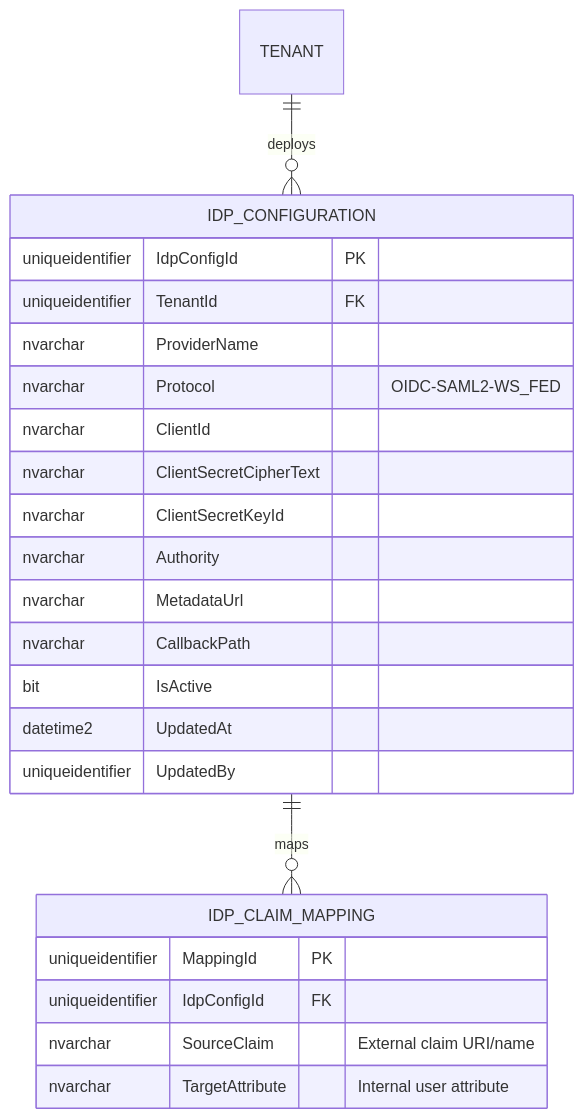
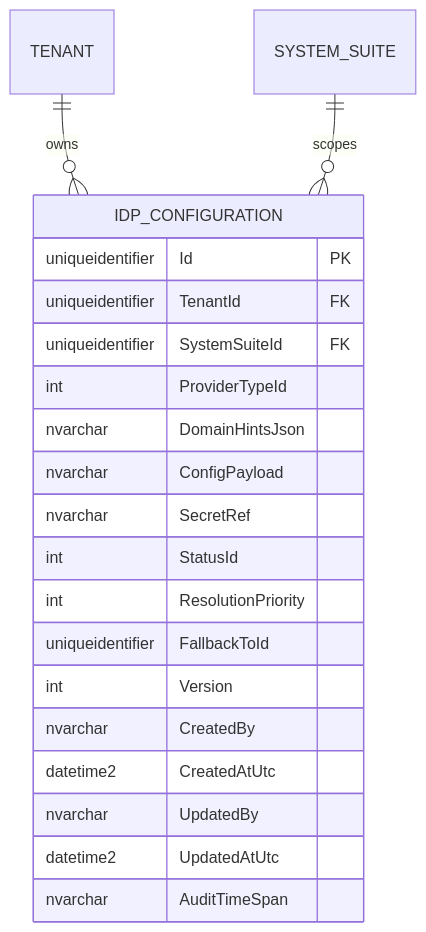
One commit to beyondnetcode/ums changed the third of 3 diagrams in docs/domain/configuration/idp-configuration.md. Above: the diagram before and after it, drawn with Mermaid. The commit also changed other lines of this file and 19 other files, not shown here.

````diff
--- a/docs/domain/configuration/idp-configuration.md
+++ b/docs/domain/configuration/idp-configuration.md
@@ -163,27 +123,24 @@
 ```mermaid
 erDiagram
-    TENANT ||--o{ IDP_CONFIGURATION : "deploys"
-    IDP_CONFIGURATION ||--o{ IDP_CLAIM_MAPPING : "maps"
+    TENANT ||--o{ IDP_CONFIGURATION : "owns"
+    SYSTEM_SUITE ||--o{ IDP_CONFIGURATION : "scopes"
 
     IDP_CONFIGURATION {
-        uniqueidentifier IdpConfigId PK
+        uniqueidentifier Id PK
         uniqueidentifier TenantId FK
-        nvarchar ProviderName
-        nvarchar Protocol "OIDC-SAML2-WS_FED"
-        nvarchar ClientId
-        nvarchar ClientSecretCipherText
-        nvarchar ClientSecretKeyId
-        nvarchar Authority
-        nvarchar MetadataUrl
-        nvarchar CallbackPath
-        bit IsActive
-        datetime2 UpdatedAt
-        uniqueidentifier UpdatedBy
-    }
-    IDP_CLAIM_MAPPING {
-        uniqueidentifier MappingId PK
-        uniqueidentifier IdpConfigId FK
-        nvarchar SourceClaim "External claim URI/name"
-        nvarchar TargetAttribute "Internal user attribute"
+        uniqueidentifier SystemSuiteId FK
+        int ProviderTypeId
+        nvarchar DomainHintsJson
+        nvarchar ConfigPayload
+        nvarchar SecretRef
+        int StatusId
+        int ResolutionPriority
+        uniqueidentifier FallbackToId
+        int Version
+        nvarchar CreatedBy
+        datetime2 CreatedAtUtc
+        nvarchar UpdatedBy
+        datetime2 UpdatedAtUtc
+        nvarchar AuditTimeSpan
     }
 ```
````
